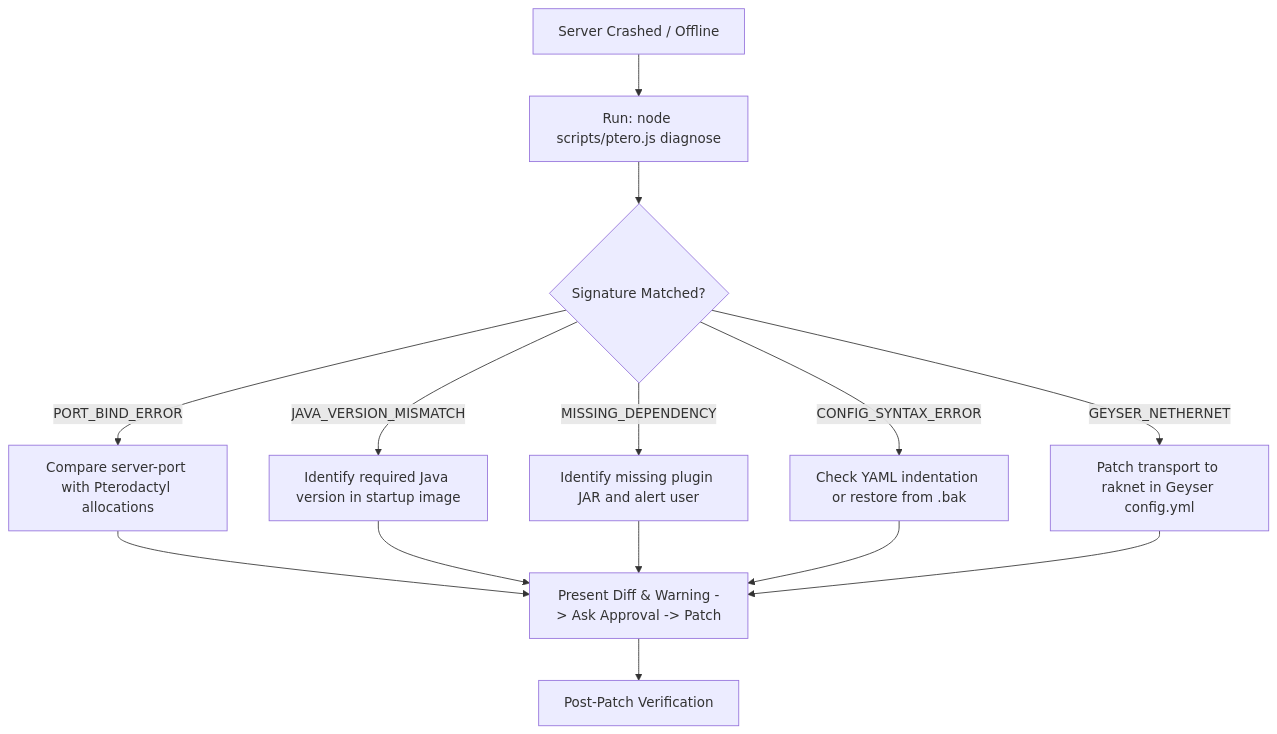
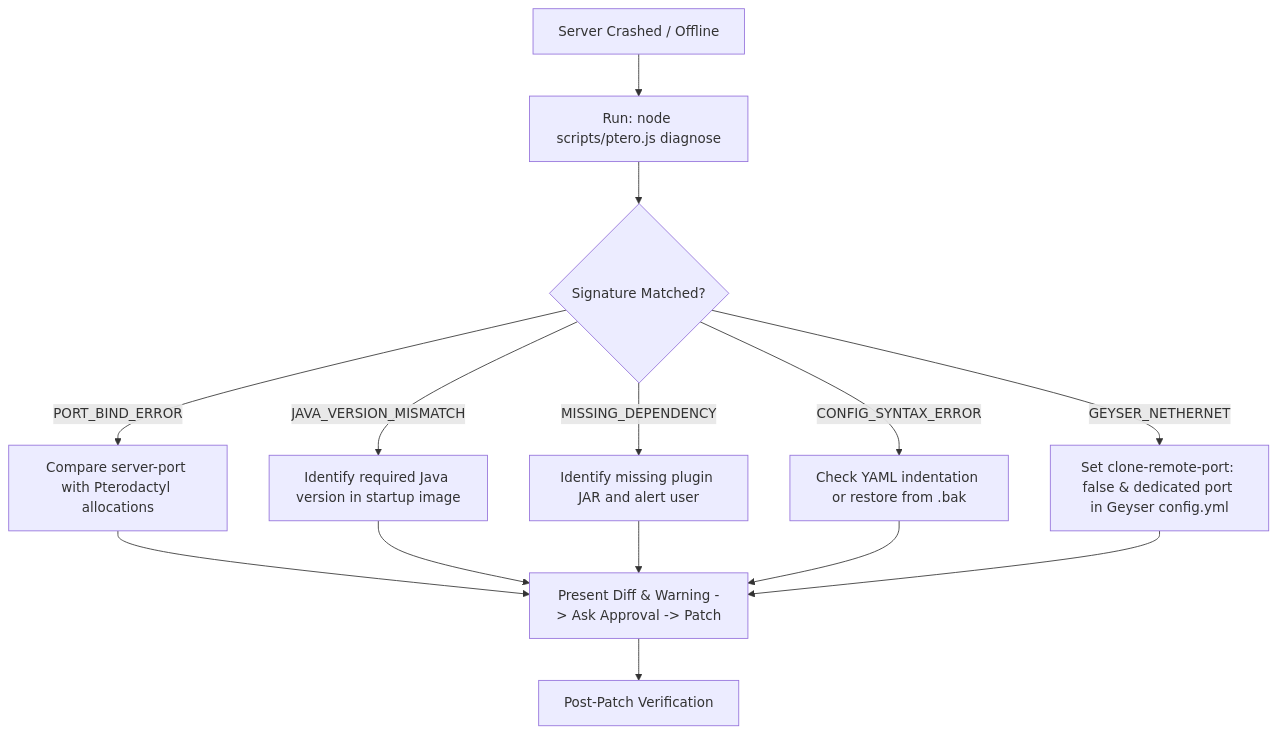
Before and after one commit to ImJopehhh/MinecraftAIOps: the diagram in SKILL.md, drawn with Mermaid. The commit also changed 3 other files, not shown here.

Commit message:
fix(diagnostics): align Geyser Terracotta remediation strictly with modern NetherNet architecture

````diff
--- a/SKILL.md
+++ b/SKILL.md
@@ -95,16 +95,16 @@
 ```mermaid
 flowchart TD
     A[Server Crashed / Offline] --> B[Run: node scripts/ptero.js diagnose]
     B --> C{Signature Matched?}
     C -->|PORT_BIND_ERROR| D[Compare server-port with Pterodactyl allocations]
     C -->|JAVA_VERSION_MISMATCH| E[Identify required Java version in startup image]
     C -->|MISSING_DEPENDENCY| F[Identify missing plugin JAR and alert user]
     C -->|CONFIG_SYNTAX_ERROR| G[Check YAML indentation or restore from .bak]
-    C -->|GEYSER_NETHERNET| H[Patch transport to raknet in Geyser config.yml]
+    C -->|GEYSER_NETHERNET| H[Set clone-remote-port: false & dedicated port in Geyser config.yml]
     D --> I[Present Diff & Warning -> Ask Approval -> Patch]
     E --> I
     F --> I
     G --> I
     H --> I
     I --> J[Post-Patch Verification]
 ```
````
